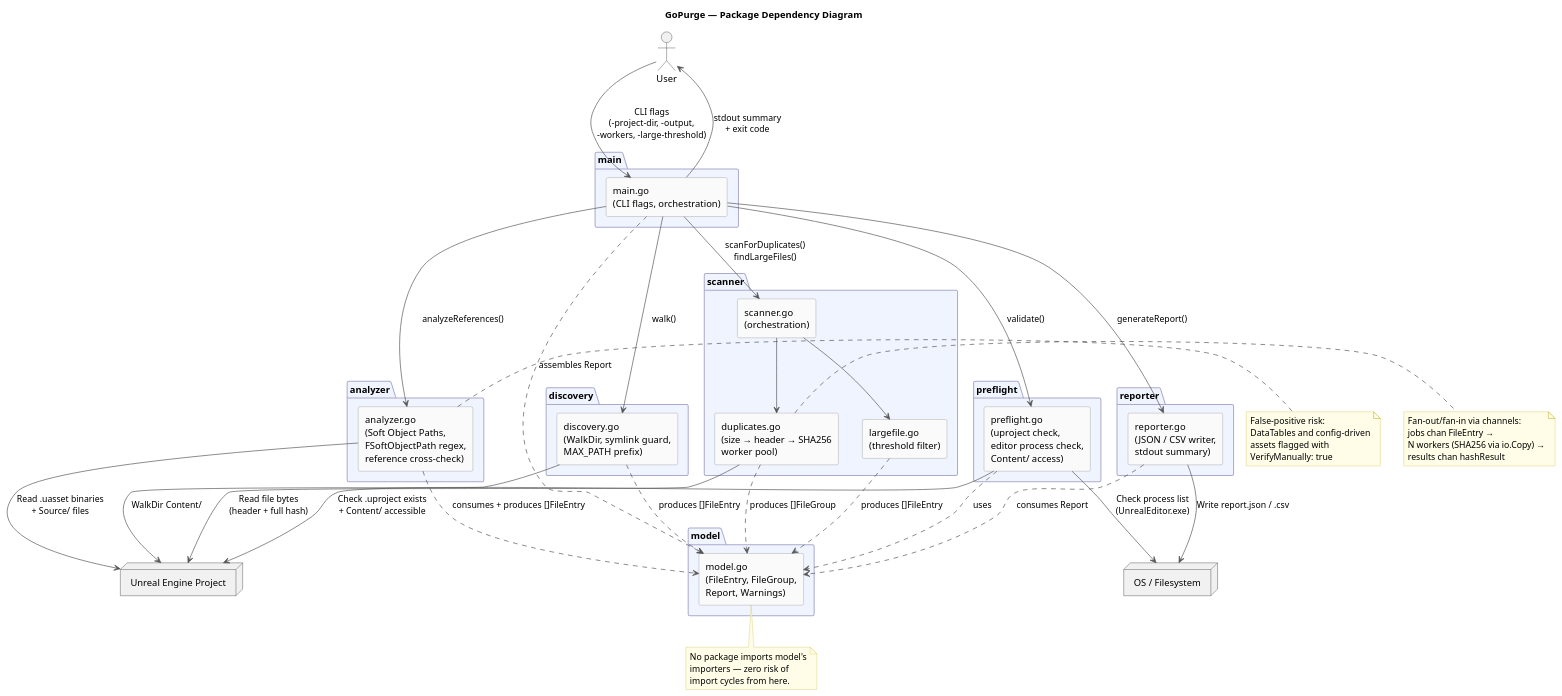
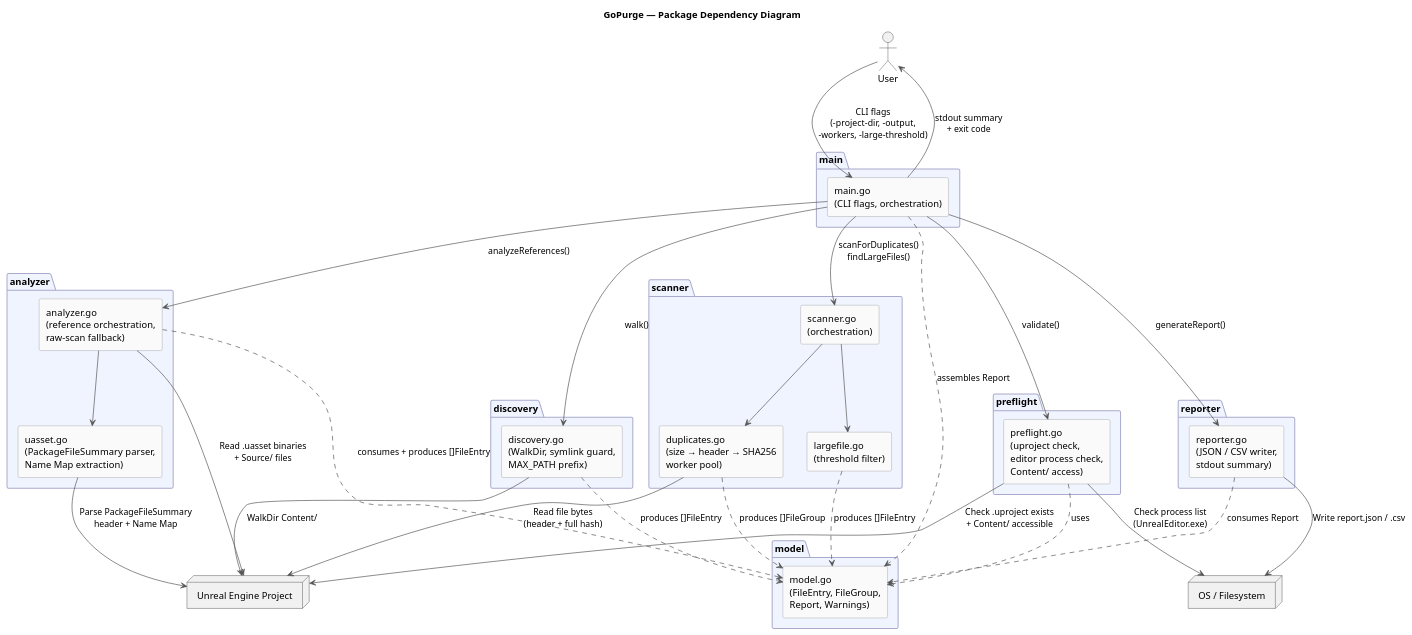
One commit to DunderGG/gopurge changed the diagram in components.puml. Above: the diagram before and after it, drawn with PlantUML. The commit also changed 5 other files, not shown here.

First line of the commit message:
Improved analyzer to read Name Map from uassets

```diff
--- a/components.puml
+++ b/components.puml
@@ -1,100 +1,83 @@
 @startuml GoPurge Component Diagram
 
 skinparam componentStyle rectangle
 skinparam ArrowColor #555555
 skinparam ComponentBackgroundColor #FAFAFA
 skinparam ComponentBorderColor #888888
 skinparam PackageBackgroundColor #F0F4FF
 skinparam PackageBorderColor #AAAACC
 skinparam NoteBackgroundColor #FFFDE7
 skinparam NoteBorderColor #CCBB44
 
 title GoPurge — Package Dependency Diagram
 
 ' ── EXTERNAL BOUNDARY ────────────────────────────────────────────────────────
 actor User
 node "OS / Filesystem" as OS
 node "Unreal Engine Project" as UEProject
 
 ' ── PACKAGES ─────────────────────────────────────────────────────────────────
 package "main" {
     [main.go\n(CLI flags, orchestration)] as Main
 }
 
 package "preflight" {
     [preflight.go\n(uproject check,\neditor process check,\nContent/ access)] as Preflight
 }
 
 package "discovery" {
     [discovery.go\n(WalkDir, symlink guard,\nMAX_PATH prefix)] as Discovery
 }
 
 package "scanner" {
     [scanner.go\n(orchestration)] as ScannerOrch
     [duplicates.go\n(size → header → SHA256\nworker pool)] as Duplicates
     [largefile.go\n(threshold filter)] as LargeFile
 }
 
 package "analyzer" {
-    [analyzer.go\n(Soft Object Paths,\nFSoftObjectPath regex,\nreference cross-check)] as Analyzer
+    [analyzer.go\n(reference orchestration,\nraw-scan fallback)] as Analyzer
+    [uasset.go\n(PackageFileSummary parser,\nName Map extraction)] as UAssetParser
 }
 
 package "reporter" {
     [reporter.go\n(JSON / CSV writer,\nstdout summary)] as Reporter
 }
 
 package "model" {
     [model.go\n(FileEntry, FileGroup,\nReport, Warnings)] as Model
 }
 
 ' ── USER & FILESYSTEM INTERACTIONS ───────────────────────────────────────────
 User --> Main : CLI flags\n(-project-dir, -output,\n-workers, -large-threshold)
 Main --> User : stdout summary\n+ exit code
 
 Preflight --> OS         : Check process list\n(UnrealEditor.exe)
 Preflight --> UEProject  : Check .uproject exists\n+ Content/ accessible
 Discovery --> UEProject  : WalkDir Content/
 Duplicates --> UEProject : Read file bytes\n(header + full hash)
 Analyzer --> UEProject  : Read .uasset binaries\n+ Source/ files
+UAssetParser --> UEProject : Parse PackageFileSummary\nheader + Name Map
 Reporter --> OS         : Write report.json / .csv
 
 ' ── INTER-PACKAGE DEPENDENCIES ───────────────────────────────────────────────
 Main --> Preflight  : validate()
 Main --> Discovery  : walk()
 Main --> ScannerOrch : scanForDuplicates()\nfindLargeFiles()
 Main --> Analyzer   : analyzeReferences()
 Main --> Reporter   : generateReport()
 
 ScannerOrch --> Duplicates
 ScannerOrch --> LargeFile
+Analyzer --> UAssetParser
 
 ' ── model is consumed by all (no arrows back up to avoid clutter) ─────────────
 Preflight  ..> Model : uses
 Discovery  ..> Model : produces []FileEntry
 Duplicates ..> Model : produces []FileGroup
 LargeFile  ..> Model : produces []FileEntry
 Analyzer   ..> Model : consumes + produces []FileEntry
 Reporter   ..> Model : consumes Report
 Main       ..> Model : assembles Report
 
-note bottom of Model
-  No package imports model's
-  importers — zero risk of
-  import cycles from here.
-end note
-
-note right of Duplicates
-  Fan-out/fan-in via channels:
-  jobs chan FileEntry →
-  N workers (SHA256 via io.Copy) →
-  results chan hashResult
-end note
-
-note right of Analyzer
-  False-positive risk:
-  DataTables and config-driven
-  assets flagged with
-  VerifyManually: true
-end note
-
 @enduml
```
